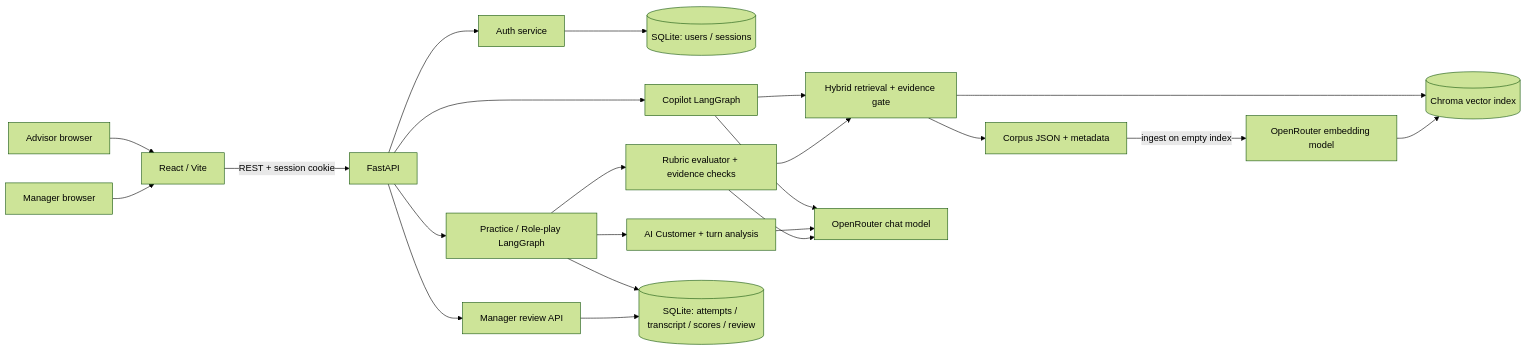
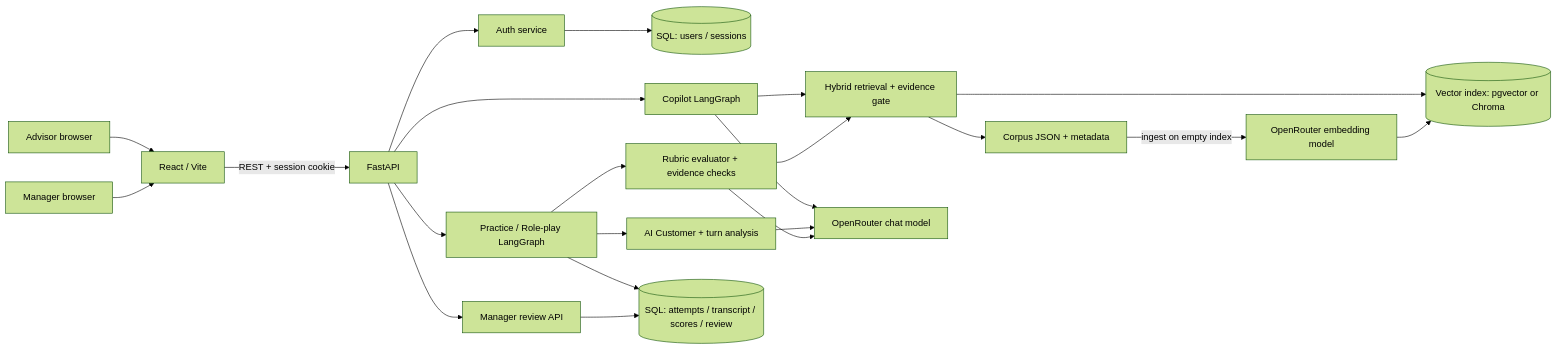
The diagram in docs/architecture_diagram.md (AnCoder1310/AI-Sale), drawn with Mermaid (forest theme) before and after one commit. The commit also changed other lines of this file and 3 other files, not shown here.

````diff
--- a/docs/architecture_diagram.md
+++ b/docs/architecture_diagram.md
@@ -3,24 +3,24 @@
 ```mermaid
 flowchart LR
   A[Advisor browser] --> UI[React / Vite]
   M[Manager browser] --> UI
   UI -->|REST + session cookie| API[FastAPI]
   API --> AUTH[Auth service]
-  AUTH --> SQL[(SQLite: users / sessions)]
+  AUTH --> SQL[(SQL: users / sessions)]
   API --> CP[Copilot LangGraph]
   CP --> RET[Hybrid retrieval + evidence gate]
-  RET --> CH[(Chroma vector index)]
+  RET --> CH[(Vector index: pgvector or Chroma)]
   RET --> CORPUS[Corpus JSON + metadata]
   CP --> CHAT[OpenRouter chat model]
   API --> RP[Practice / Role-play LangGraph]
   RP --> CUSTOMER[AI Customer + turn analysis]
   CUSTOMER --> CHAT
   RP --> JUDGE[Rubric evaluator + evidence checks]
   JUDGE --> CHAT
   JUDGE --> RET
-  RP --> RECORDS[(SQLite: attempts / transcript / scores / review)]
+  RP --> RECORDS[(SQL: attempts / transcript / scores / review)]
   API --> REVIEW[Manager review API]
   REVIEW --> RECORDS
   EMB[OpenRouter embedding model] --> CH
   CORPUS -->|ingest on empty index| EMB
 ```
````
